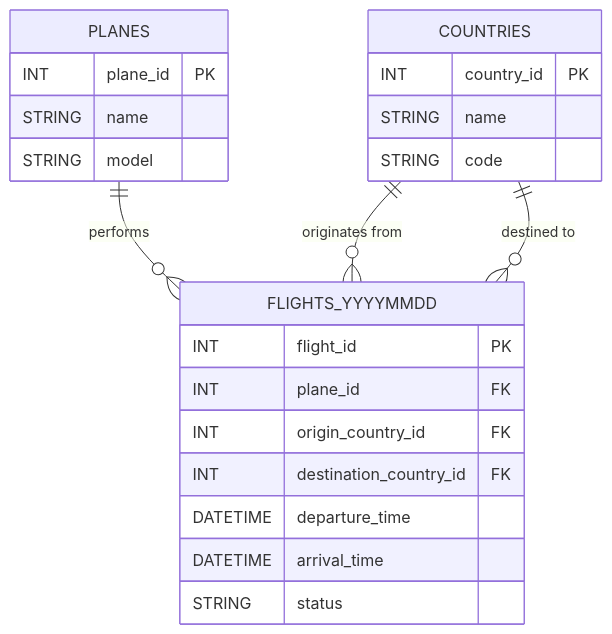
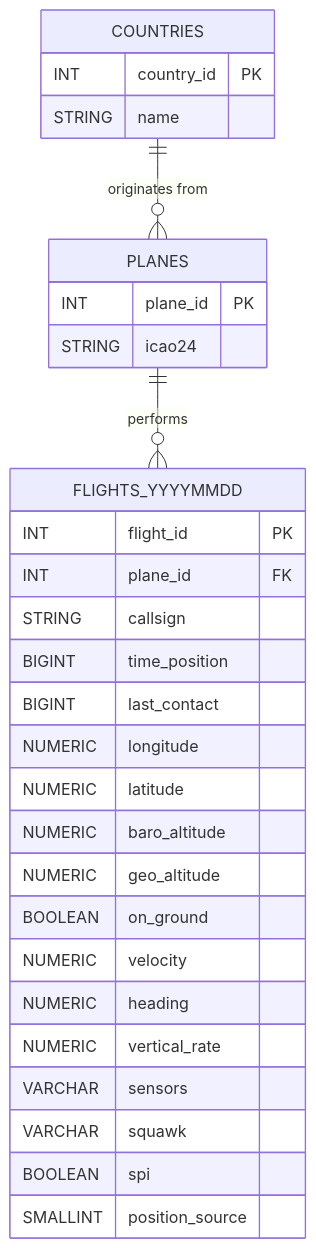
The diagram in README.md (victoroscar30/aeroexplorer), drawn with Mermaid before and after one commit.

Commit message:
Update database schema in README.md to reflect new flight data structure

````diff
--- a/README.md
+++ b/README.md
@@ -50,27 +50,34 @@
 ```mermaid
 erDiagram
     PLANES {
         INT plane_id PK
-        STRING name
-        STRING model
+        STRING icao24
     }
     COUNTRIES {
         INT country_id PK
         STRING name
-        STRING code
     }
+
     FLIGHTS_YYYYMMDD {
         INT flight_id PK
         INT plane_id FK
-        INT origin_country_id FK
-        INT destination_country_id FK
-        DATETIME departure_time
-        DATETIME arrival_time
-        STRING status
+        STRING callsign
+        BIGINT time_position
+        BIGINT last_contact
+        NUMERIC longitude
+        NUMERIC latitude
+        NUMERIC baro_altitude
+        NUMERIC geo_altitude
+        BOOLEAN on_ground
+        NUMERIC velocity
+        NUMERIC heading
+        NUMERIC vertical_rate
+        VARCHAR sensors
+        VARCHAR squawk
+        BOOLEAN spi
+        SMALLINT position_source
     }
-
     PLANES ||--o{ FLIGHTS_YYYYMMDD : "performs"
-    COUNTRIES ||--o{ FLIGHTS_YYYYMMDD : "originates from"
-    COUNTRIES ||--o{ FLIGHTS_YYYYMMDD : "destined to"
+    COUNTRIES ||--o{ PLANES : "originates from"
 
 ```
````
